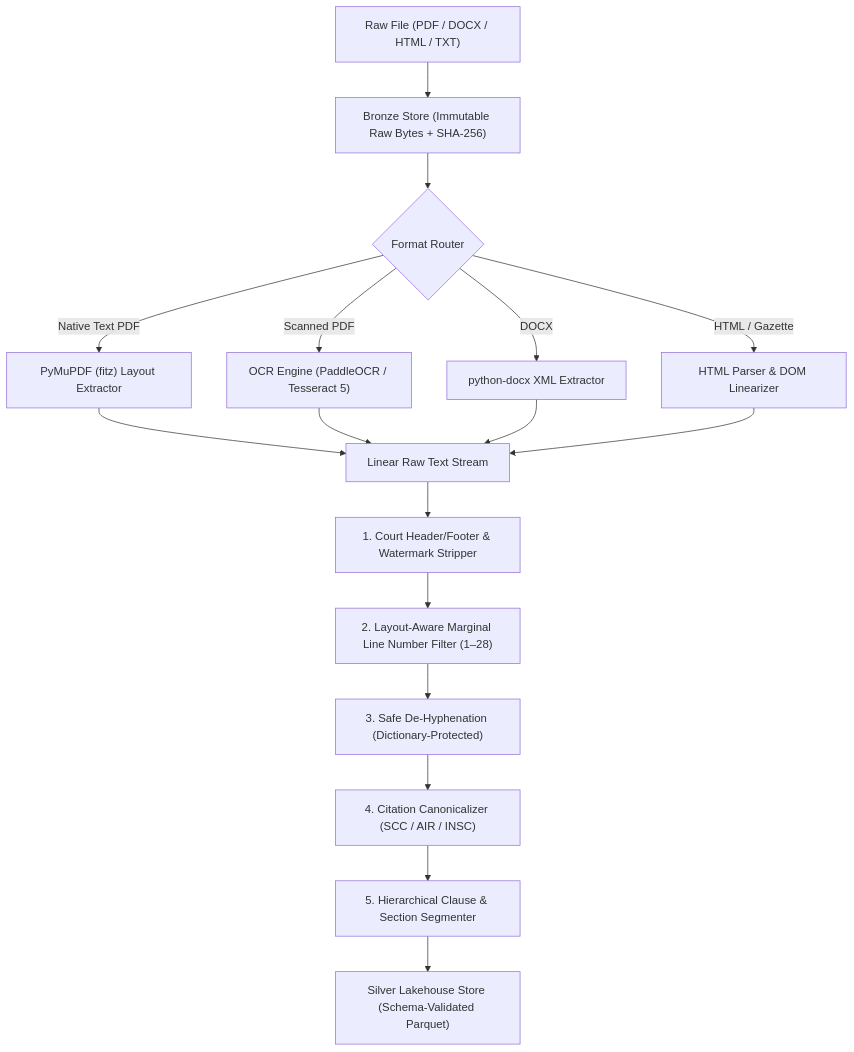
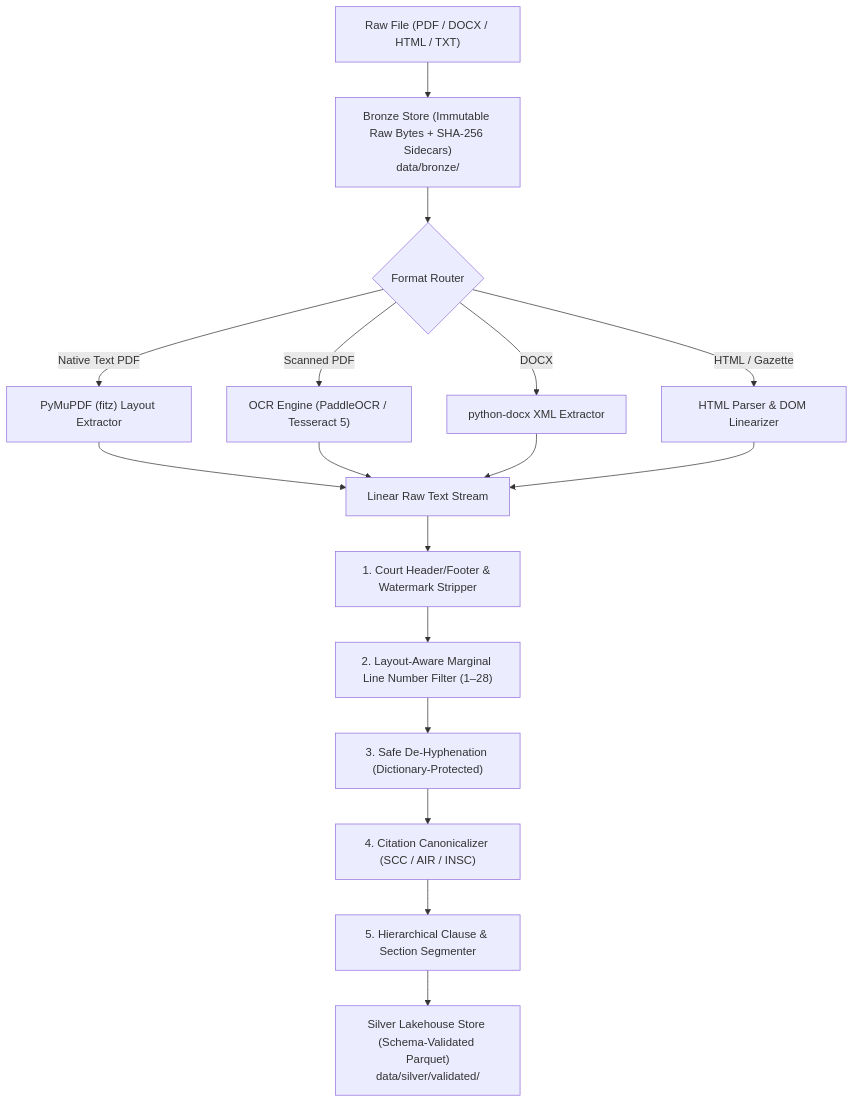
The first of 2 diagrams in 09_DATA_PREPROCESSING_PIPELINE.md (Yatharthnagpal/review), drawn with Mermaid before and after one commit. The commit also changed other lines of this file and 19 other files, not shown here.

````diff
--- a/09_DATA_PREPROCESSING_PIPELINE.md
+++ b/09_DATA_PREPROCESSING_PIPELINE.md
@@ -21,21 +21,21 @@
 ```mermaid
 flowchart TD
-    RawFile["Raw File (PDF / DOCX / HTML / TXT)"] --> BronzeStore["Bronze Store (Immutable Raw Bytes + SHA-256)"]
+    RawFile["Raw File (PDF / DOCX / HTML / TXT)"] --> BronzeStore["Bronze Store (Immutable Raw Bytes + SHA-256 Sidecars)<br/>data/bronze/"]
     
     BronzeStore --> FormatRouter{"Format Router"}
     
     FormatRouter -->|"Native Text PDF"| PyMuPDF["PyMuPDF (fitz) Layout Extractor"]
     FormatRouter -->|"Scanned PDF"| OCR["OCR Engine (PaddleOCR / Tesseract 5)"]
     FormatRouter -->|"DOCX"| DocxParser["python-docx XML Extractor"]
     FormatRouter -->|"HTML / Gazette"| BS4["HTML Parser & DOM Linearizer"]
 
     PyMuPDF & OCR & DocxParser & BS4 --> CleanStream["Linear Raw Text Stream"]
 
     CleanStream --> Clean1["1. Court Header/Footer & Watermark Stripper"]
     Clean1 --> Clean2["2. Layout-Aware Marginal Line Number Filter (1–28)"]
     Clean2 --> Clean3["3. Safe De-Hyphenation (Dictionary-Protected)"]
     Clean3 --> Clean4["4. Citation Canonicalizer (SCC / AIR / INSC)"]
     Clean4 --> Clean5["5. Hierarchical Clause & Section Segmenter"]
     
-    Clean5 --> SilverOutput["Silver Lakehouse Store (Schema-Validated Parquet)"]
+    Clean5 --> SilverOutput["Silver Lakehouse Store (Schema-Validated Parquet)<br/>data/silver/validated/"]
 ```
````
